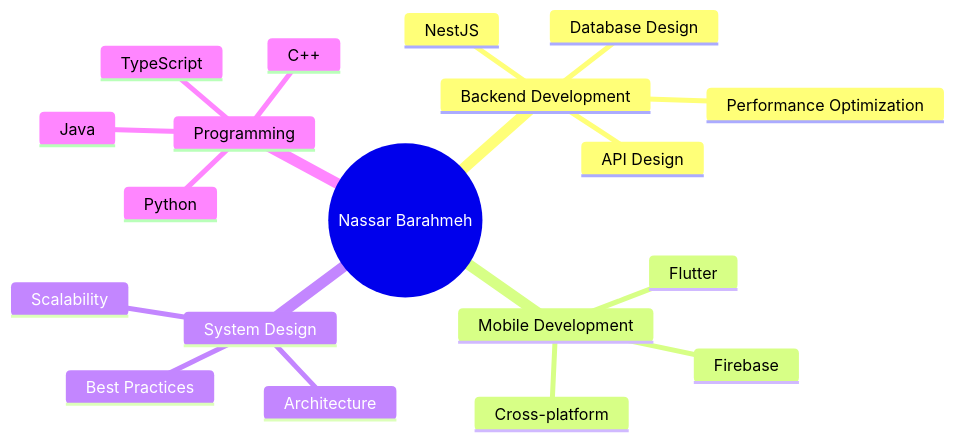
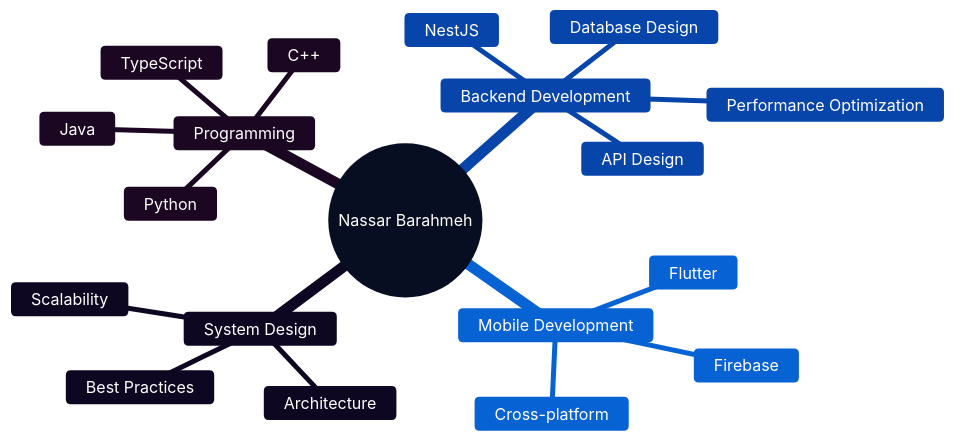
Before and after one commit to NassarBarahme/NassarBarahme: the diagram in README.md, drawn with Mermaid.

Commit message:
Update README with mindmap for core competencies
Added a mindmap to illustrate core competencies.

````diff
--- a/README.md
+++ b/README.md
@@ -211,22 +211,23 @@
 ```mermaid
+%%{init: {'theme':'base', 'themeVariables': { 'primaryColor':'#1e3a8a', 'primaryTextColor':'#fff', 'primaryBorderColor':'#1e40af', 'lineColor':'#3b82f6', 'secondaryColor':'#3b82f6', 'tertiaryColor':'#60a5fa', 'background':'#f8fafc', 'mainBkg':'#1e3a8a', 'secondBkg':'#2563eb', 'tertiaryBkg':'#3b82f6', 'textColor':'#1e293b', 'fontSize':'16px'}}}%%
 mindmap
   root((Nassar Barahmeh))
     Backend Development
       API Design
       NestJS
       Database Design
       Performance Optimization
     Mobile Development
       Flutter
       Cross-platform
       Firebase
     System Design
       Scalability
       Architecture
       Best Practices
     Programming
       TypeScript
       Java
       Python
       C++
 ```
````
